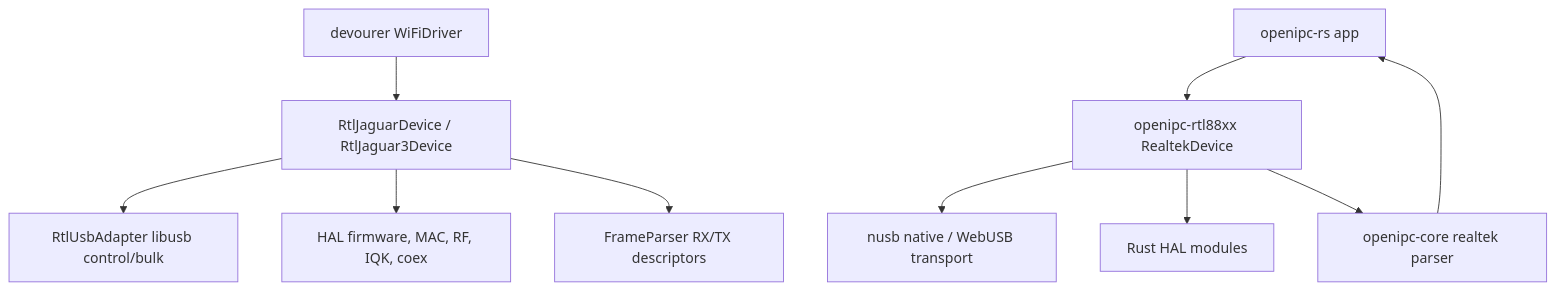
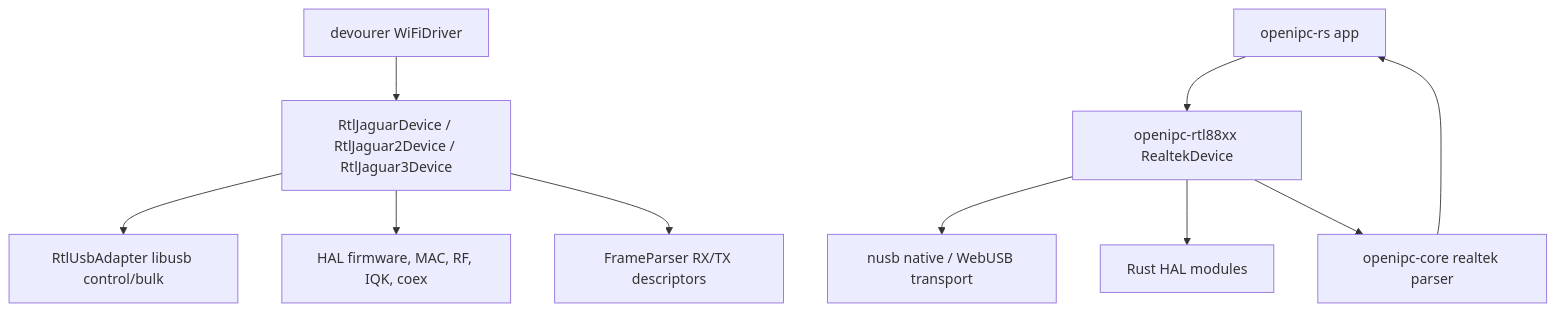
One commit to neelsani/openipc-rs changed the diagram in docs/docs/devourer-parity.md. Above: the diagram before and after it, drawn with Mermaid. The commit also changed other lines of this file and 64 other files, not shown here.

````diff
--- a/docs/docs/devourer-parity.md
+++ b/docs/docs/devourer-parity.md
@@ -44,13 +51,13 @@
 ```mermaid
 flowchart TD
-    A["devourer WiFiDriver"] --> B["RtlJaguarDevice / RtlJaguar3Device"]
+    A["devourer WiFiDriver"] --> B["RtlJaguarDevice / RtlJaguar2Device / RtlJaguar3Device"]
     B --> C["RtlUsbAdapter libusb control/bulk"]
     B --> D["HAL firmware, MAC, RF, IQK, coex"]
     B --> E["FrameParser RX/TX descriptors"]
 
     A2["openipc-rs app"] --> B2["openipc-rtl88xx RealtekDevice"]
     B2 --> C2["nusb native / WebUSB transport"]
     B2 --> D2["Rust HAL modules"]
     E2["openipc-core realtek parser"] --> A2
     B2 --> E2
 ```
````
